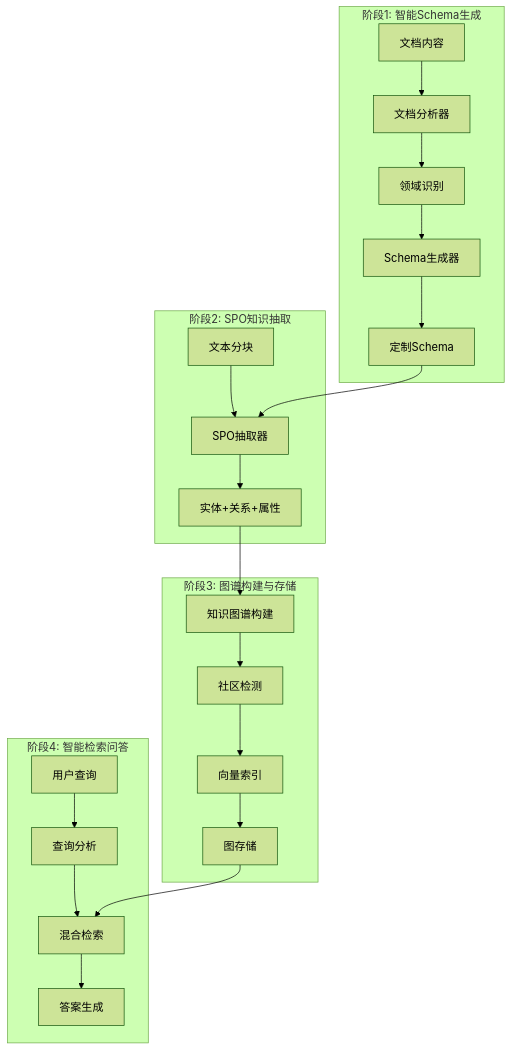
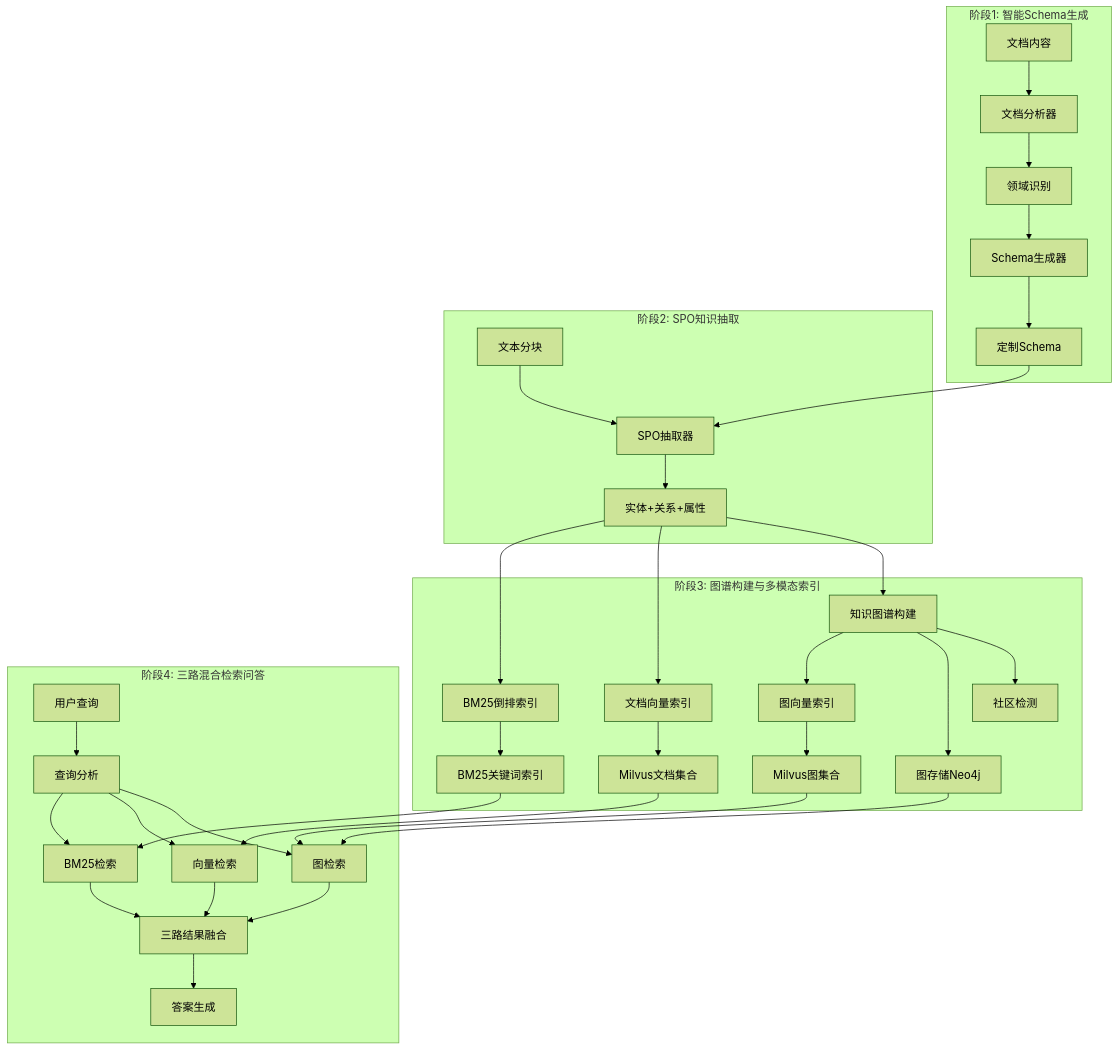
Before and after one commit to DemonDamon/AgenticX-GraphRAG: the second of 3 diagrams in README.md, drawn with Mermaid (forest theme). The commit also changed other lines of this file, not shown here.

Commit message:
docs: add comprehensive documentation for AgenticX GraphRAG system with architecture and usage guide

````diff
--- a/README.md
+++ b/README.md
@@ -53,29 +55,46 @@
 ```mermaid
 graph TD
     subgraph "阶段1: 智能Schema生成"
         A[文档内容] --> B[文档分析器]
         B --> C[领域识别]
         C --> D[Schema生成器]
         D --> E[定制Schema]
     end
     
     subgraph "阶段2: SPO知识抽取"
         F[文本分块] --> G[SPO抽取器]
         E --> G
         G --> H[实体+关系+属性]
     end
     
-    subgraph "阶段3: 图谱构建与存储"
+    subgraph "阶段3: 图谱构建与多模态索引"
         H --> I[知识图谱构建]
         I --> J[社区检测]
-        J --> K[向量索引]
-        K --> L[图存储]
+        I --> K[图存储Neo4j]
+        
+        H --> L[文档向量索引]
+        H --> M[BM25倒排索引]
+        I --> N[图向量索引]
+        
+        L --> O[Milvus文档集合]
+        M --> P[BM25关键词索引]
+        N --> Q[Milvus图集合]
     end
     
-    subgraph "阶段4: 智能检索问答"
-        M[用户查询] --> N[查询分析]
-        N --> O[混合检索]
-        L --> O
-        O --> P[答案生成]
+    subgraph "阶段4: 三路混合检索问答"
+        R[用户查询] --> S[查询分析]
+        S --> T[图检索]
+        S --> U[向量检索]
+        S --> V[BM25检索]
+        
+        K --> T
+        Q --> T
+        O --> U
+        P --> V
+        
+        T --> W[三路结果融合]
+        U --> W
+        V --> W
+        W --> X[答案生成]
     end
 ```
````
